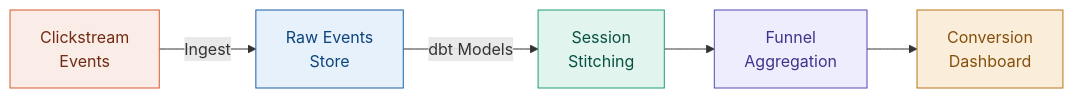
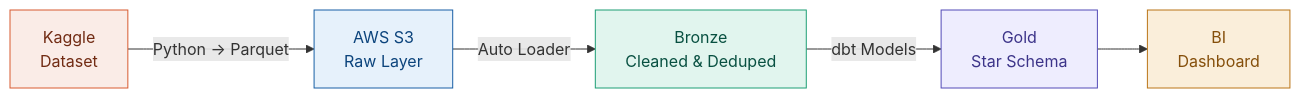
The diagram in docs/projects/clickstream-pipeline.md (Hari-prasanna/Data-Analytics-engineering-portfolio), drawn with Mermaid before and after one commit. The commit also changed other lines of this file, not shown here.

````diff
--- a/docs/projects/clickstream-pipeline.md
+++ b/docs/projects/clickstream-pipeline.md
@@ -22,13 +30,12 @@
 ```mermaid
 flowchart LR
-    A[Clickstream<br/>Events] -->|Ingest| B[Raw Events<br/>Store]
-    B -->|dbt Models| C[Session<br/>Stitching]
-    C --> D[Funnel<br/>Aggregation]
-    D --> E[Conversion<br/>Dashboard]
-
+    A[Kaggle<br/>Dataset] -->|Python → Parquet| B[AWS S3<br/>Raw Layer]
+    B -->|Auto Loader| C[Bronze<br/>Cleaned & Deduped]
+    C -->|dbt Models| D[Gold<br/>Star Schema]
+    D --> E[BI<br/>Dashboard]
     style A fill:#FAECE7,stroke:#D85A30,color:#712B13
     style B fill:#E6F1FB,stroke:#185FA5,color:#0C447C
     style C fill:#E1F5EE,stroke:#1D9E75,color:#085041
     style D fill:#EEEDFE,stroke:#534AB7,color:#3C3489
     style E fill:#FAEEDA,stroke:#BA7517,color:#854F0B
 ```
````
